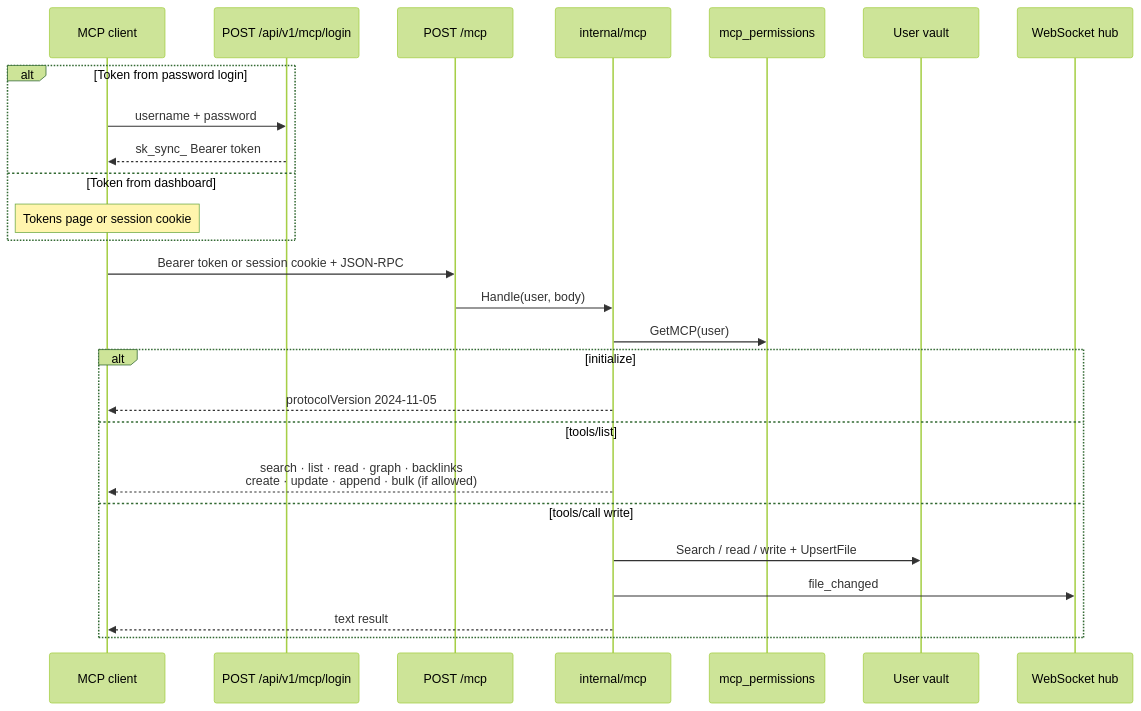
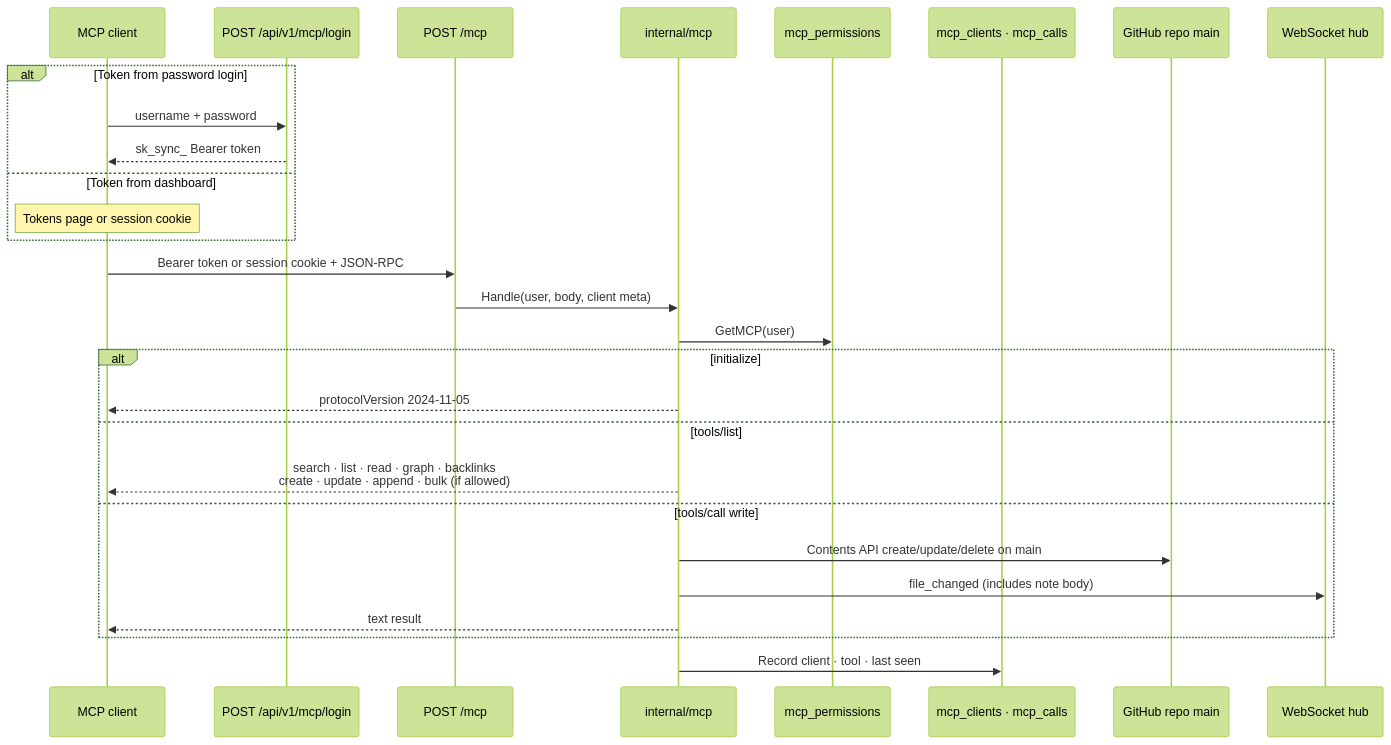
The tenth of 13 diagrams in docs/architecture.md (shangeethsivan/Syncidian), drawn with Mermaid (forest theme) before and after one commit. The commit also changed other lines of this file and 23 other files, not shown here.

First line of the commit message:
Keep MCP notes on GitHub, not the server, and show usage on the dashboard.

````diff
--- a/docs/architecture.md
+++ b/docs/architecture.md
@@ -350,31 +350,33 @@
 ```mermaid
 sequenceDiagram
   participant Client as MCP client
   participant Login as POST /api/v1/mcp/login
   participant API as POST /mcp
   participant MCP as internal/mcp
   participant Perms as mcp_permissions
-  participant Vault as User vault
+  participant Usage as mcp_clients · mcp_calls
+  participant Git as GitHub repo main
   participant Hub as WebSocket hub
 
   alt Token from password login
     Client->>Login: username + password
     Login-->>Client: sk_sync_ Bearer token
   else Token from dashboard
     Note over Client: Tokens page or session cookie
   end
 
   Client->>API: Bearer token or session cookie + JSON-RPC
-  API->>MCP: Handle(user, body)
+  API->>MCP: Handle(user, body, client meta)
   MCP->>Perms: GetMCP(user)
 
   alt initialize
     MCP-->>Client: protocolVersion 2024-11-05
   else tools/list
     MCP-->>Client: search · list · read · graph · backlinks<br/>create · update · append · bulk (if allowed)
   else tools/call write
-    MCP->>Vault: Search / read / write + UpsertFile
-    MCP->>Hub: file_changed
+    MCP->>Git: Contents API create/update/delete on main
+    MCP->>Hub: file_changed (includes note body)
     MCP-->>Client: text result
   end
+  MCP->>Usage: Record client · tool · last seen
 ```
````
